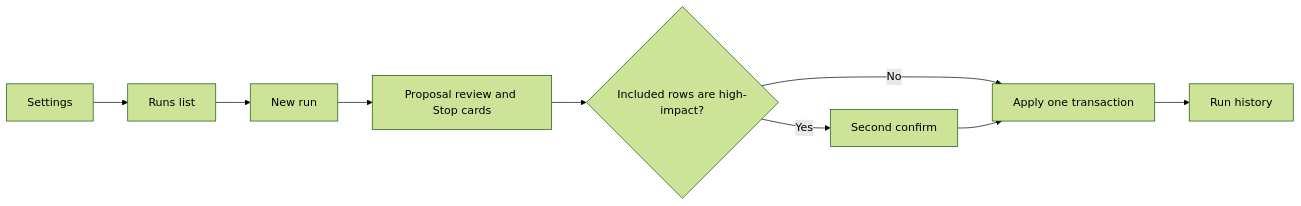
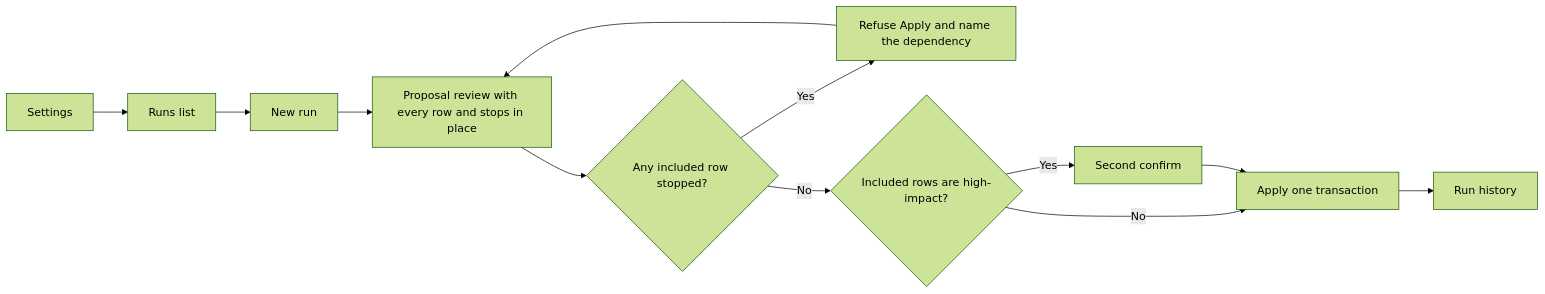
The diagram in .docs/review/ui-review/configuring-agent-step1.md (Marc02130/nimblelims), drawn with Mermaid (forest theme) before and after one commit. The commit also changed other lines of this file, not shown here.

Commit message:
Docs(ui-review): fold step 0 stops, scope, and list guard

````diff
--- a/.docs/review/ui-review/configuring-agent-step1.md
+++ b/.docs/review/ui-review/configuring-agent-step1.md
@@ -80,20 +91,25 @@
 ```mermaid
 flowchart LR
   settings[Settings]
   runs[Runs list]
   newRun[New run]
-  review[Proposal review and Stop cards]
+  review[Proposal review with every row and stops in place]
+  stopped{Any included row stopped?}
+  depend[Refuse Apply and name the dependency]
   second{Included rows are high-impact?}
   confirm2[Second confirm]
   apply[Apply one transaction]
   history[Run history]
 
   settings --> runs
   runs --> newRun
   newRun --> review
-  review --> second
+  review --> stopped
+  stopped -->|Yes| depend
+  depend --> review
+  stopped -->|No| second
   second -->|Yes| confirm2
   second -->|No| apply
   confirm2 --> apply
   apply --> history
 ```
````
